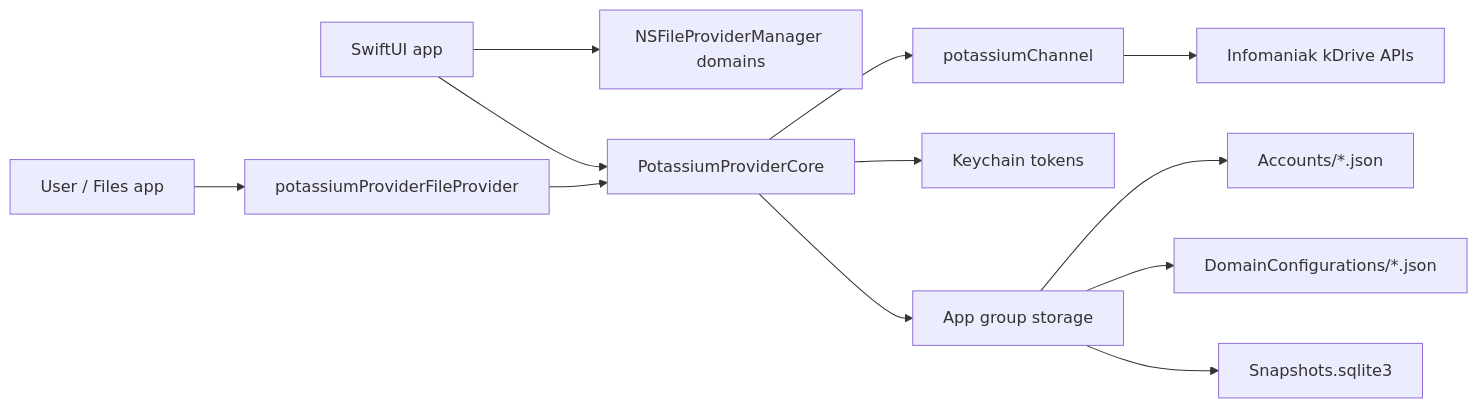
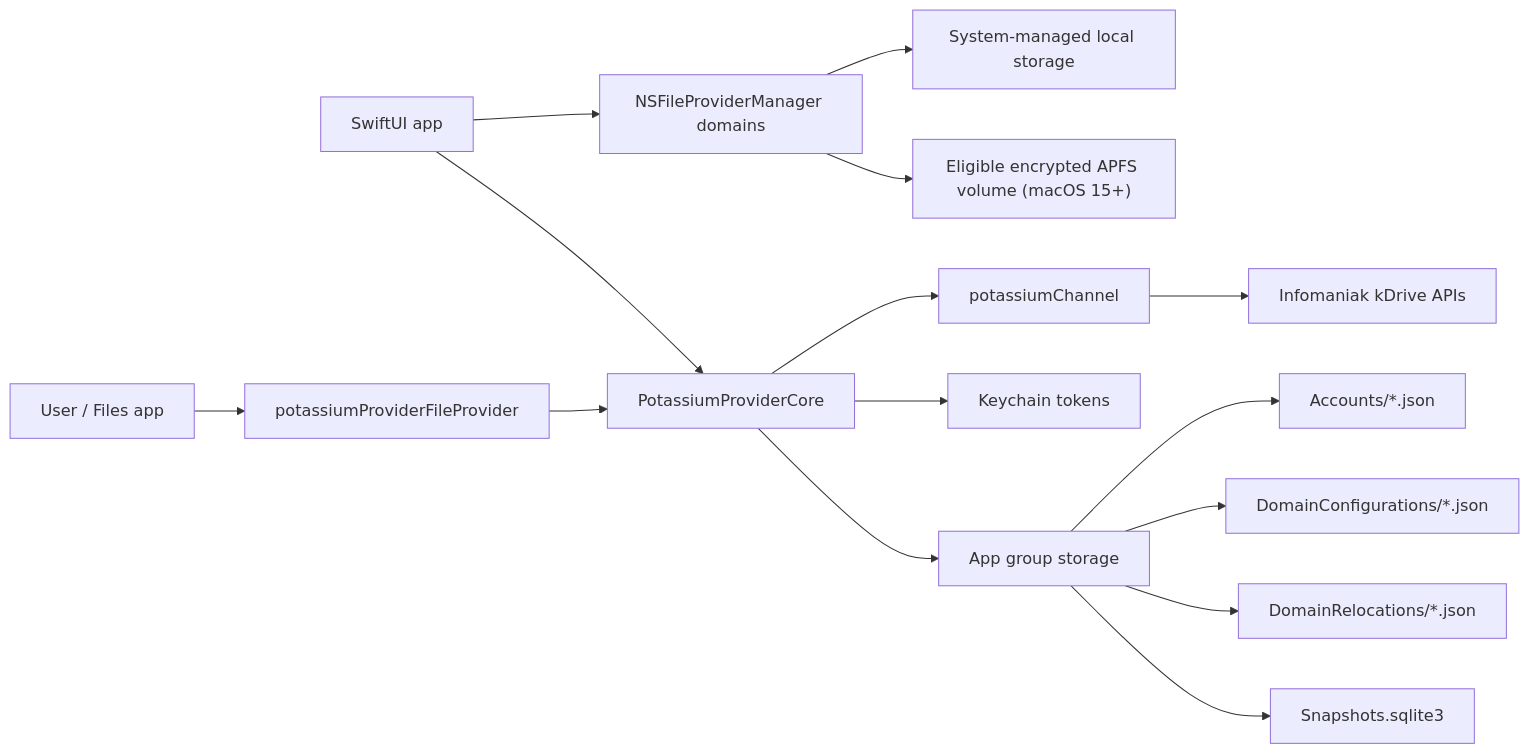
The diagram in doc/ARCHITECTURE.md (OpenCow42/potassiumProvider), drawn with Mermaid before and after one commit. The commit also changed other lines of this file and 6 other files, not shown here.

Commit message:
docs: describe external file provider storage

````diff
--- a/doc/ARCHITECTURE.md
+++ b/doc/ARCHITECTURE.md
@@ -7,14 +7,17 @@
 ```mermaid
 flowchart LR
     User["User / Files app"] --> FP["potassiumProviderFileProvider"]
     App["SwiftUI app"] --> Domain["NSFileProviderManager domains"]
+    Domain --> LocalStorage["System-managed local storage"]
+    Domain --> ExternalVolume["Eligible encrypted APFS volume (macOS 15+)"]
     App --> Core["PotassiumProviderCore"]
     FP --> Core
     Core --> KC["potassiumChannel"]
     KC --> KDrive["Infomaniak kDrive APIs"]
     Core --> Keychain["Keychain tokens"]
     Core --> AppGroup["App group storage"]
     AppGroup --> Accounts["Accounts/*.json"]
     AppGroup --> DomainJSON["DomainConfigurations/*.json"]
+    AppGroup --> Relocations["DomainRelocations/*.json"]
     AppGroup --> Snapshots["Snapshots.sqlite3"]
 ```
````
